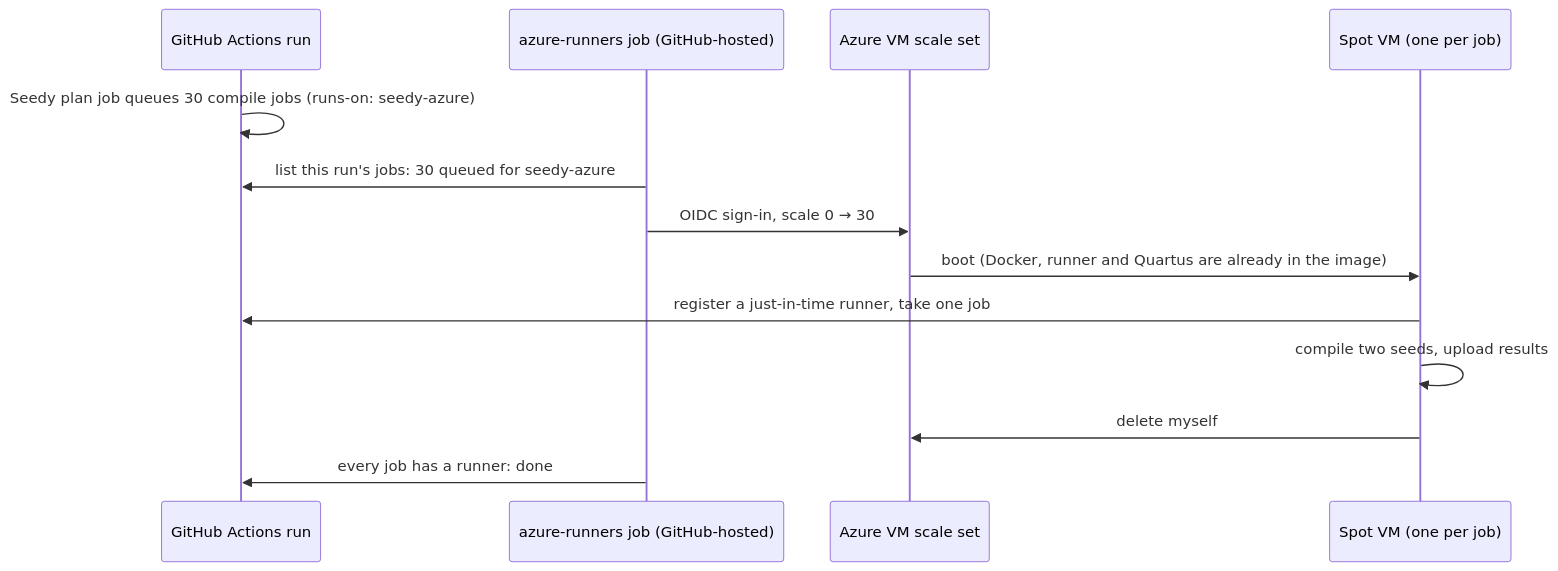
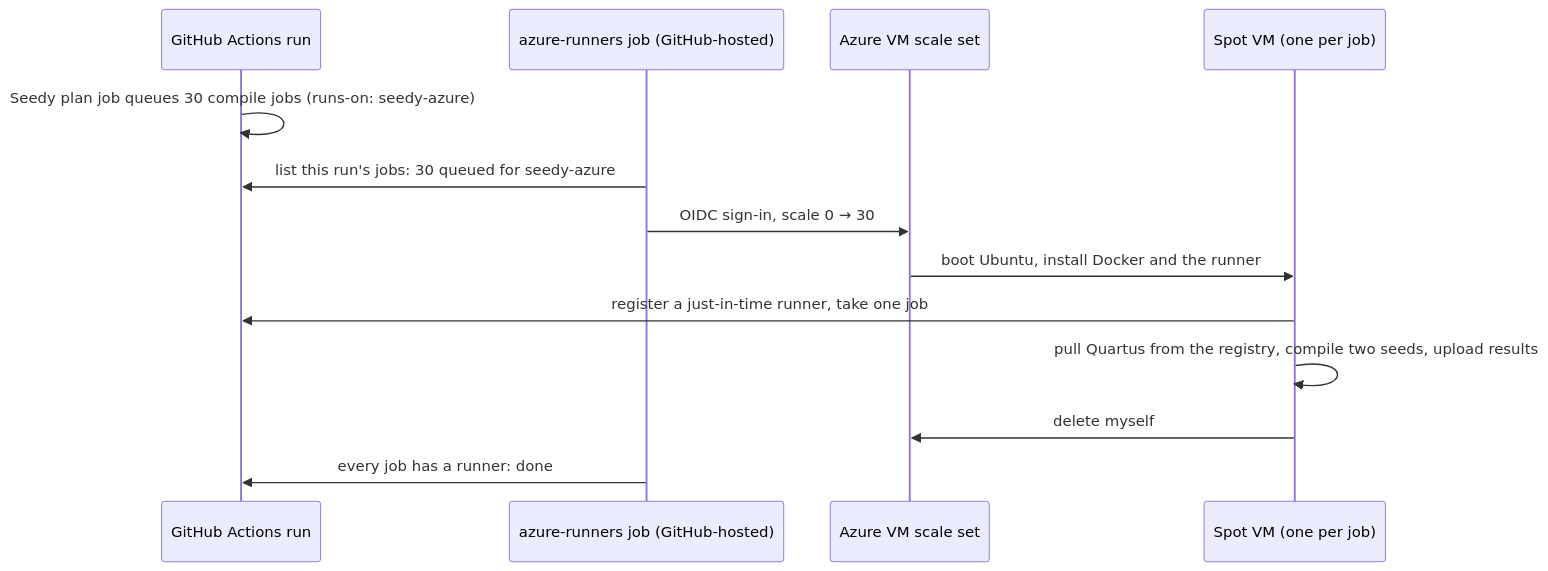
The diagram in cloud/azure/README.md (mcfbytes/Seedy_MiSTer), drawn with Mermaid before and after one commit. The commit also changed other lines of this file and 14 other files, not shown here.

First line of the commit message:
Azure runners: registry copy of Quartus, no Packer or CI; mirror-aware pulls

````diff
--- a/cloud/azure/README.md
+++ b/cloud/azure/README.md
@@ -13,15 +20,15 @@
 ```mermaid
 sequenceDiagram
     participant GH as GitHub Actions run
     participant S as azure-runners job (GitHub-hosted)
     participant A as Azure VM scale set
     participant VM as Spot VM (one per job)
     GH->>GH: Seedy plan job queues 30 compile jobs (runs-on: seedy-azure)
     S->>GH: list this run's jobs: 30 queued for seedy-azure
     S->>A: OIDC sign-in, scale 0 → 30
-    A->>VM: boot (Docker, runner and Quartus are already in the image)
+    A->>VM: boot Ubuntu, install Docker and the runner
     VM->>GH: register a just-in-time runner, take one job
-    VM->>VM: compile two seeds, upload results
+    VM->>VM: pull Quartus from the registry, compile two seeds, upload results
     VM->>A: delete myself
     S->>GH: every job has a runner: done
 ```
````
